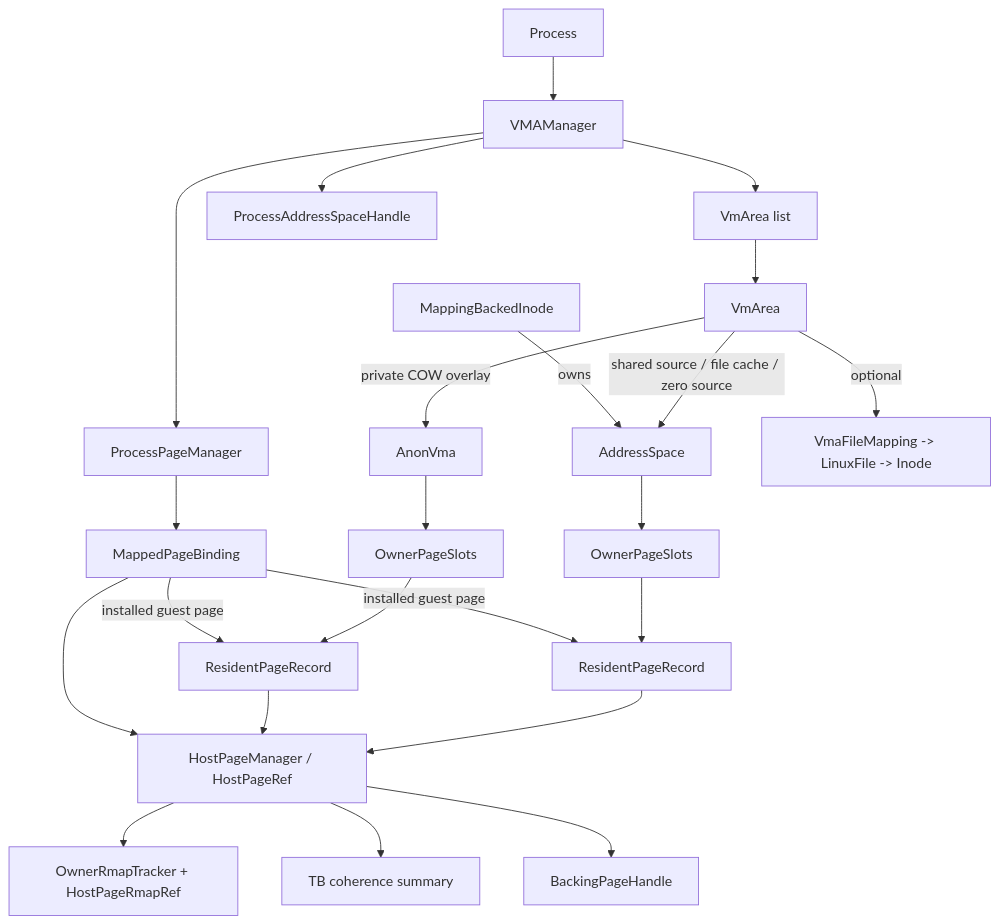
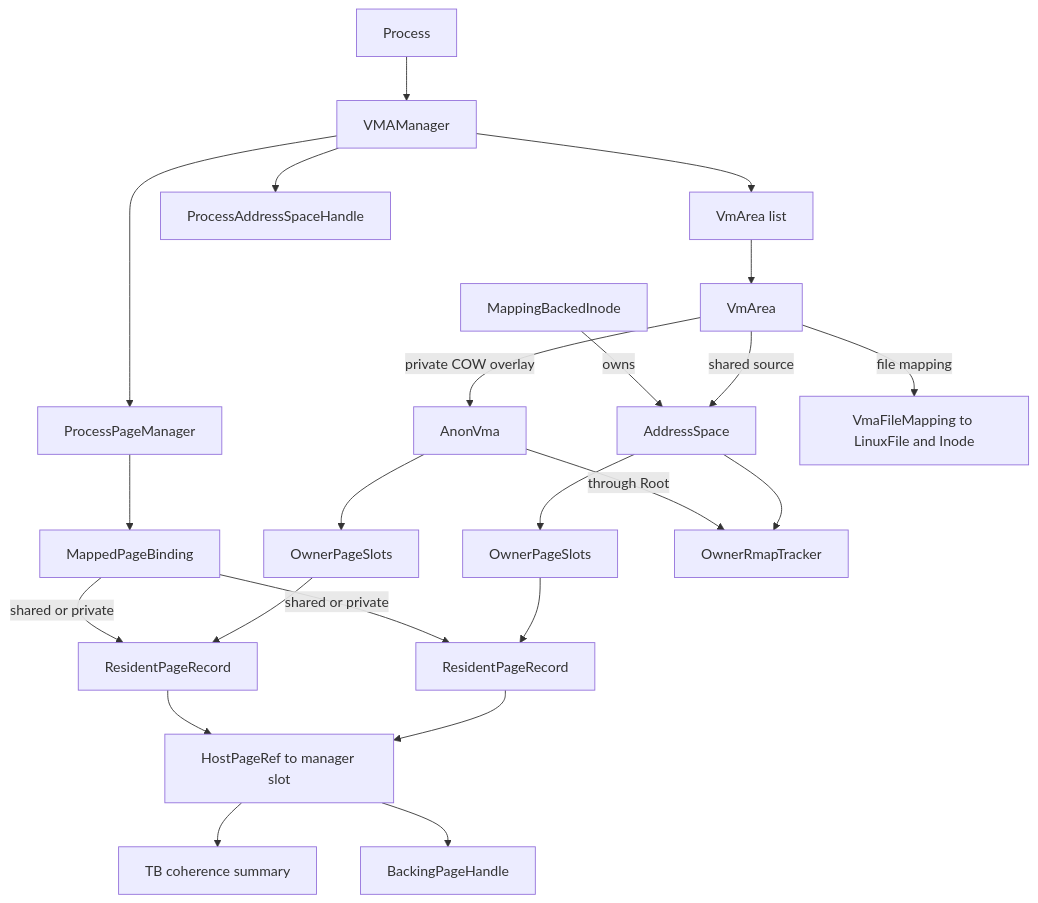
Before and after one commit to meokit/podish: the first of 2 diagrams in docs/memory-management.md, drawn with Mermaid. The commit also changed other lines of this file and 13 other files, not shown here.

````diff
--- a/docs/memory-management.md
+++ b/docs/memory-management.md
@@ -56,31 +11,28 @@
 ```mermaid
 flowchart TD
     P[Process] --> MM[VMAManager]
     MM --> VMAS[VmArea list]
     MM --> PM[ProcessPageManager]
     MM --> ASH[ProcessAddressSpaceHandle]
 
     VMAS --> VMA[VmArea]
-    VMA -->|shared source / file cache / zero source| MAP[AddressSpace]
+    VMA -->|shared source| MAP[AddressSpace]
     VMA -->|private COW overlay| AV[AnonVma]
-    VMA -->|optional| FM[VmaFileMapping -> LinuxFile -> Inode]
+    VMA -->|file mapping| FM[VmaFileMapping to LinuxFile and Inode]
 
     INODE[MappingBackedInode] -->|owns| MAP
     MAP --> OPS1[OwnerPageSlots]
     AV --> OPS2[OwnerPageSlots]
-
     OPS1 --> RPR1[ResidentPageRecord]
     OPS2 --> RPR2[ResidentPageRecord]
-
-    RPR1 --> HP[HostPageManager / HostPageRef]
+    RPR1 --> HP[HostPageRef to manager slot]
     RPR2 --> HP
 
     PM --> MPB[MappedPageBinding]
-    MPB -->|installed guest page| RPR1
-    MPB -->|installed guest page| RPR2
-    MPB --> HP
-
-    HP --> RMAP[OwnerRmapTracker + HostPageRmapRef]
+    MPB -->|shared or private| RPR1
+    MPB -->|shared or private| RPR2
     HP --> TBCOH[TB coherence summary]
     HP --> BPH[BackingPageHandle]
+    MAP --> RMAP[OwnerRmapTracker]
+    AV -->|through Root| RMAP
 ```
````
